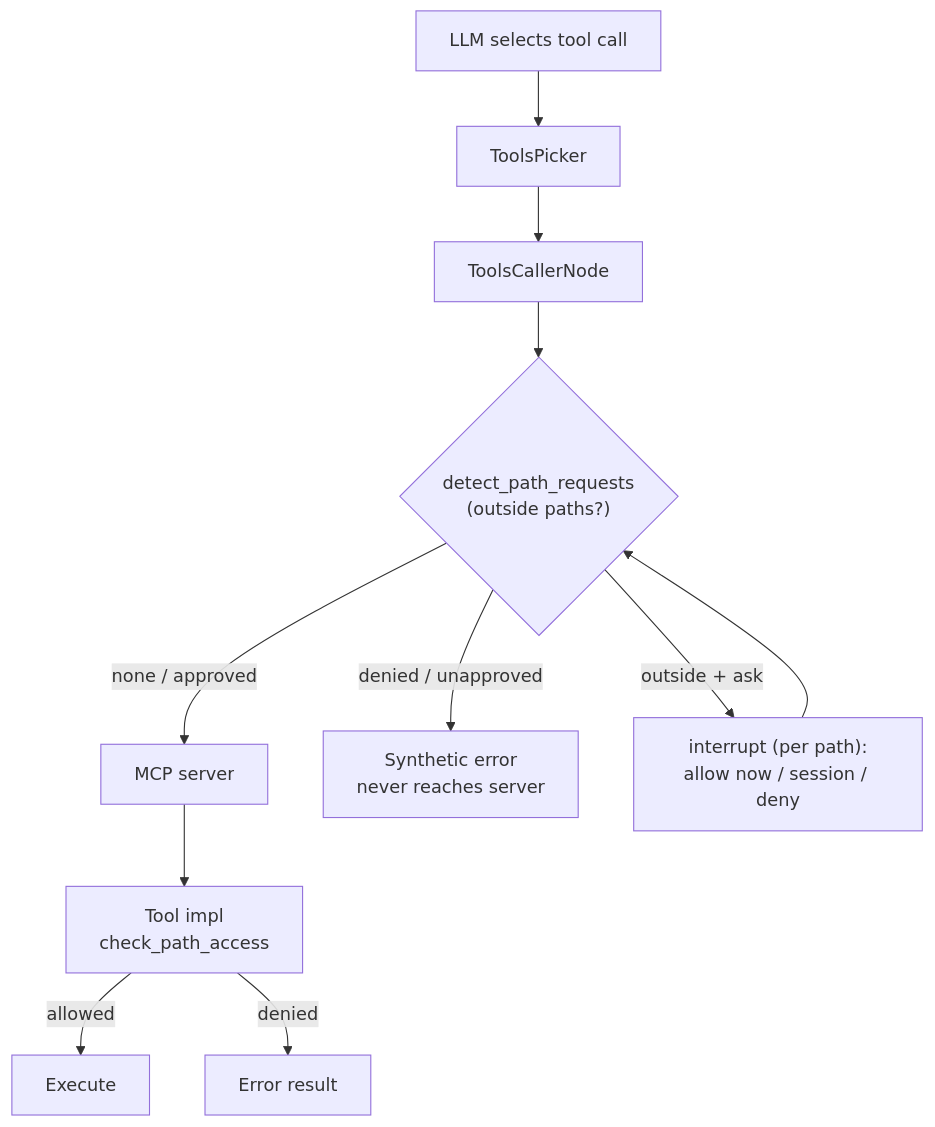
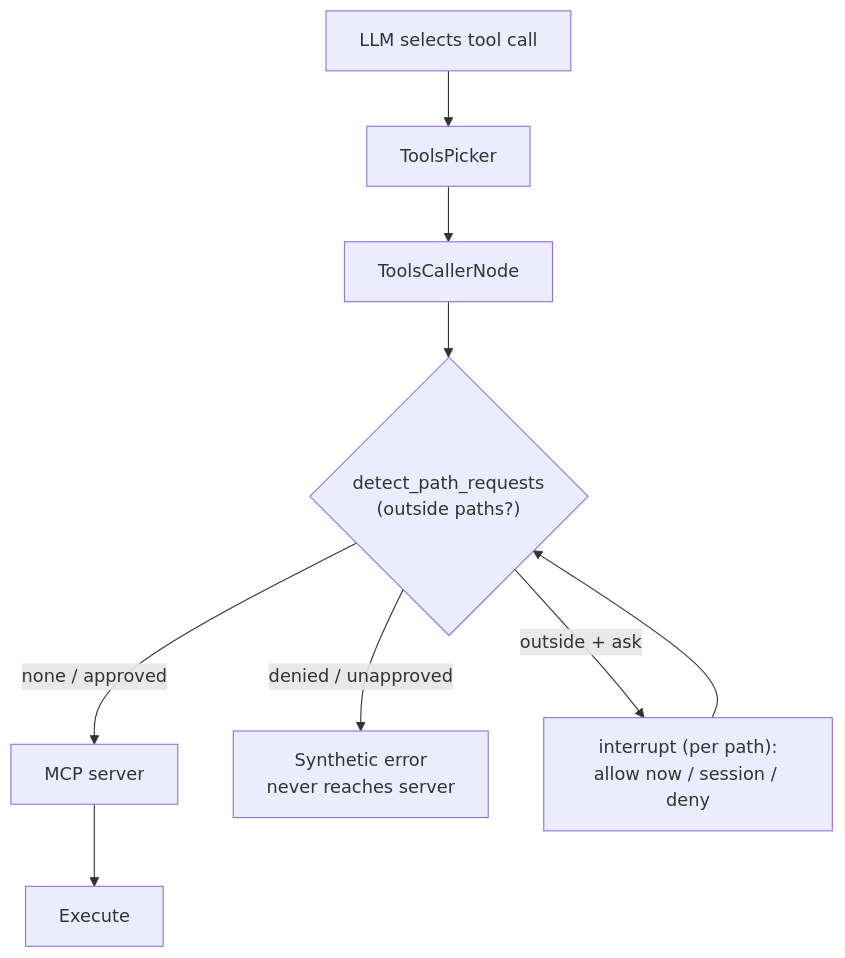
One commit to NeuroML/klea changed the diagram in devdocs/system/mcp-permissions.md. Above: the diagram before and after it, drawn with Mermaid. The commit also changed other lines of this file and 24 other files, not shown here.

````diff
--- a/devdocs/system/mcp-permissions.md
+++ b/devdocs/system/mcp-permissions.md
@@ -77,13 +66,11 @@
 ```mermaid
 flowchart TD
     LLM[LLM selects tool call] --> Picker[ToolsPicker]
     Picker --> Caller[ToolsCallerNode]
     Caller --> PreCheck{"detect_path_requests\n(outside paths?)"}
     PreCheck -- none / approved --> Server[MCP server]
     PreCheck -- denied / unapproved --> Synth1[Synthetic error\nnever reaches server]
     PreCheck -- "outside + ask" --> Approval["interrupt (per path):\nallow now / session / deny"]
     Approval --> PreCheck
-    Server --> InTool[Tool impl\ncheck_path_access]
-    InTool -- allowed --> Exec[Execute]
-    InTool -- denied --> Synth2[Error result]
+    Server --> Exec[Execute]
 ```
````
